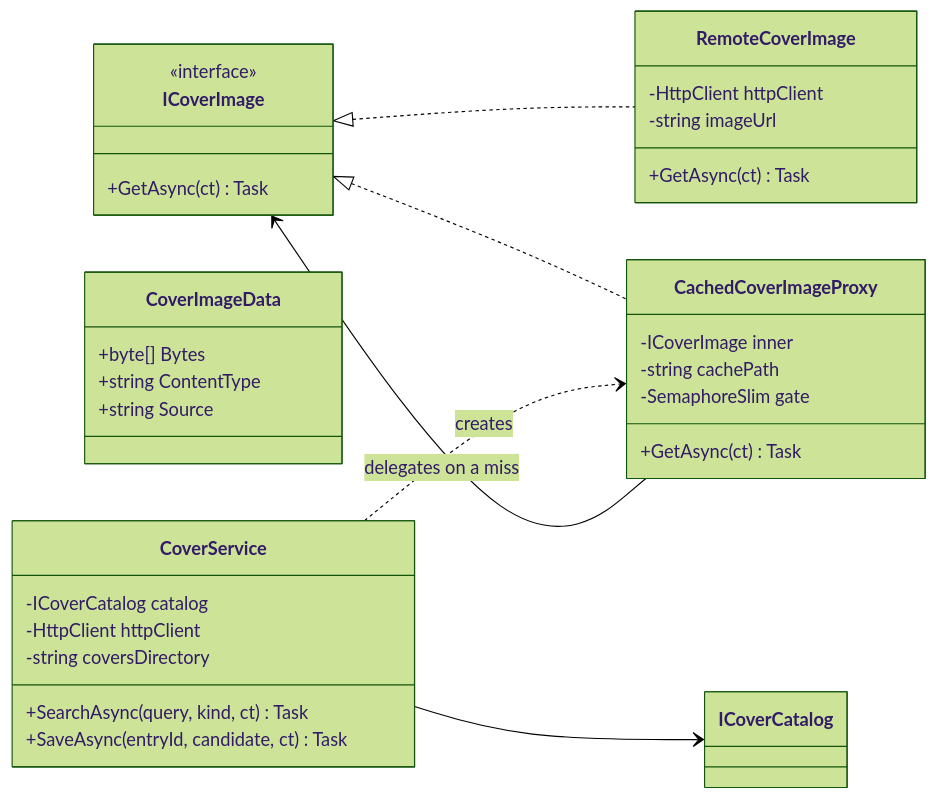
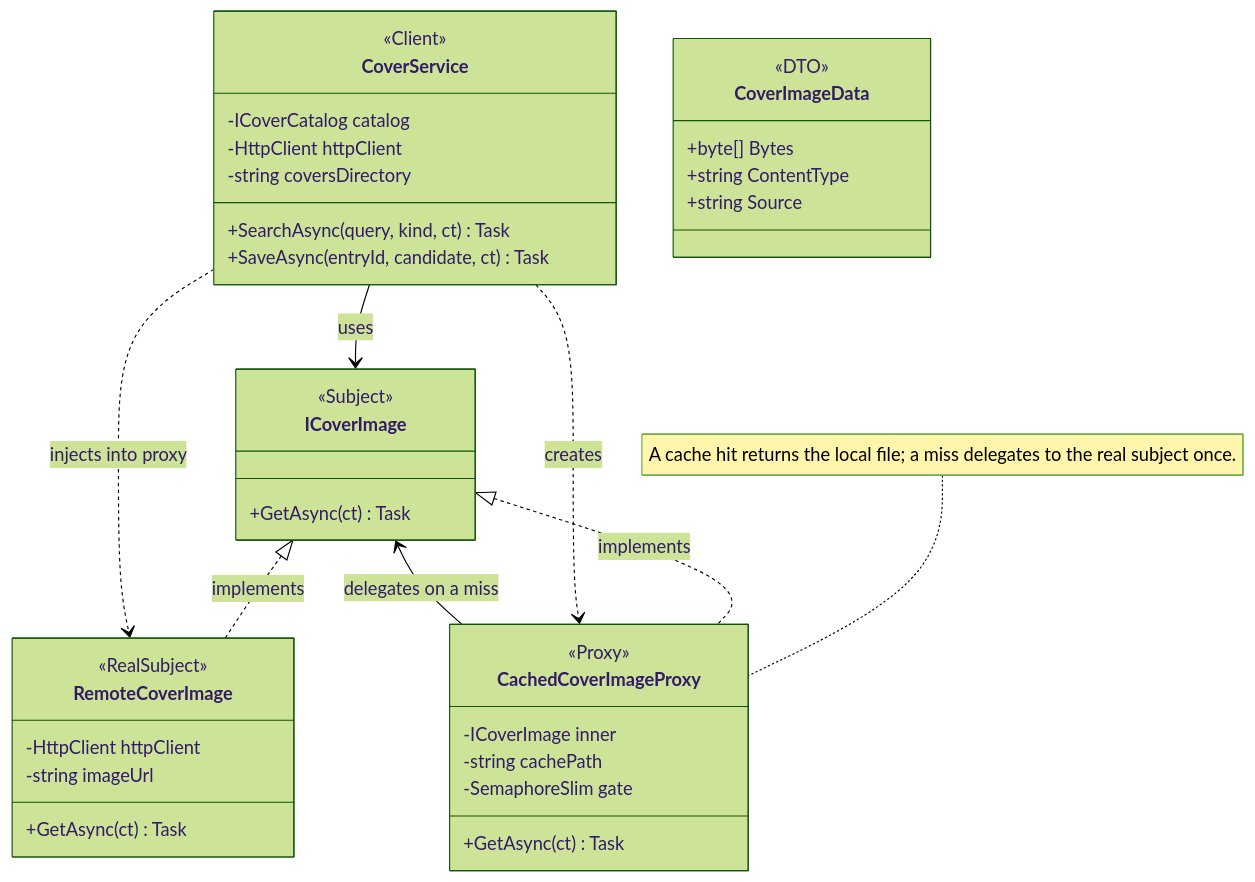
The third of 3 diagrams in Reports/Lab2.md (Prince-of-Nothing/TMPS-Labs), drawn with Mermaid (forest theme) before and after one commit. The commit also changed other lines of this file and 1 other file, not shown here.

Commit message:
docs: restyle UML diagrams with Refactoring Guru roles

````diff
--- a/Reports/Lab2.md
+++ b/Reports/Lab2.md
@@ -285,36 +325,42 @@
 ```mermaid
 classDiagram
-direction LR
-class ICoverImage {
-  <<interface>>
-  +GetAsync(ct) Task
-}
-class CoverImageData {
-  +byte[] Bytes
-  +string ContentType
-  +string Source
-}
-class RemoteCoverImage {
-  -HttpClient httpClient
-  -string imageUrl
-  +GetAsync(ct) Task
-}
-class CachedCoverImageProxy {
-  -ICoverImage inner
-  -string cachePath
-  -SemaphoreSlim gate
-  +GetAsync(ct) Task
-}
+direction TB
 class CoverService {
+  <<Client>>
   -ICoverCatalog catalog
   -HttpClient httpClient
   -string coversDirectory
   +SearchAsync(query, kind, ct) Task
   +SaveAsync(entryId, candidate, ct) Task
 }
-ICoverImage <|.. RemoteCoverImage
-ICoverImage <|.. CachedCoverImageProxy
+class ICoverImage {
+  <<Subject>>
+  +GetAsync(ct) Task
+}
+class CoverImageData {
+  <<DTO>>
+  +byte[] Bytes
+  +string ContentType
+  +string Source
+}
+class RemoteCoverImage {
+  <<RealSubject>>
+  -HttpClient httpClient
+  -string imageUrl
+  +GetAsync(ct) Task
+}
+class CachedCoverImageProxy {
+  <<Proxy>>
+  -ICoverImage inner
+  -string cachePath
+  -SemaphoreSlim gate
+  +GetAsync(ct) Task
+}
+CoverService --> ICoverImage : uses
+ICoverImage <|.. RemoteCoverImage : implements
+ICoverImage <|.. CachedCoverImageProxy : implements
 CachedCoverImageProxy --> ICoverImage : delegates on a miss
-CoverService --> ICoverCatalog
 CoverService ..> CachedCoverImageProxy : creates
+CoverService ..> RemoteCoverImage : injects into proxy
+note for CachedCoverImageProxy "A cache hit returns the local file; a miss delegates to the real subject once."
 ```
````
